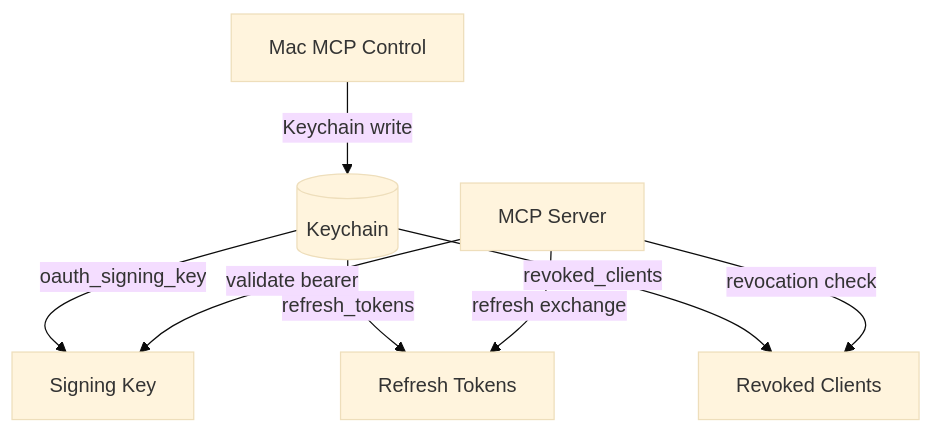
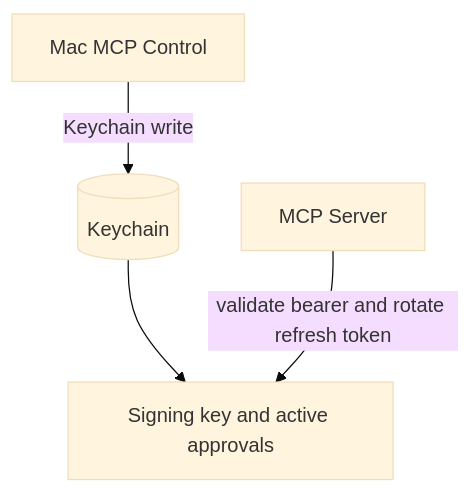
Before and after one commit to michaellatman/MacMCPControl: the second of 2 diagrams in README.md, drawn with Mermaid (base theme). The commit also changed other lines of this file and 10 other files, not shown here.

First line of the commit message:
Rotate refresh tokens and surface Keychain failures (#5)

````diff
--- a/README.md
+++ b/README.md
@@ -87,10 +87,6 @@
 ```mermaid
 flowchart TB
   App[Mac MCP Control] -->|Keychain write| Keychain[(Keychain)]
-  Keychain -->|oauth_signing_key| Key[Signing Key]
-  Keychain -->|refresh_tokens| Refresh[Refresh Tokens]
-  Keychain -->|revoked_clients| Revoked[Revoked Clients]
-  MCP[MCP Server] -->|validate bearer| Key
-  MCP -->|refresh exchange| Refresh
-  MCP -->|revocation check| Revoked
+  Keychain --> State[Signing key and active approvals]
+  MCP[MCP Server] -->|validate bearer and rotate refresh token| State
 ```
````
